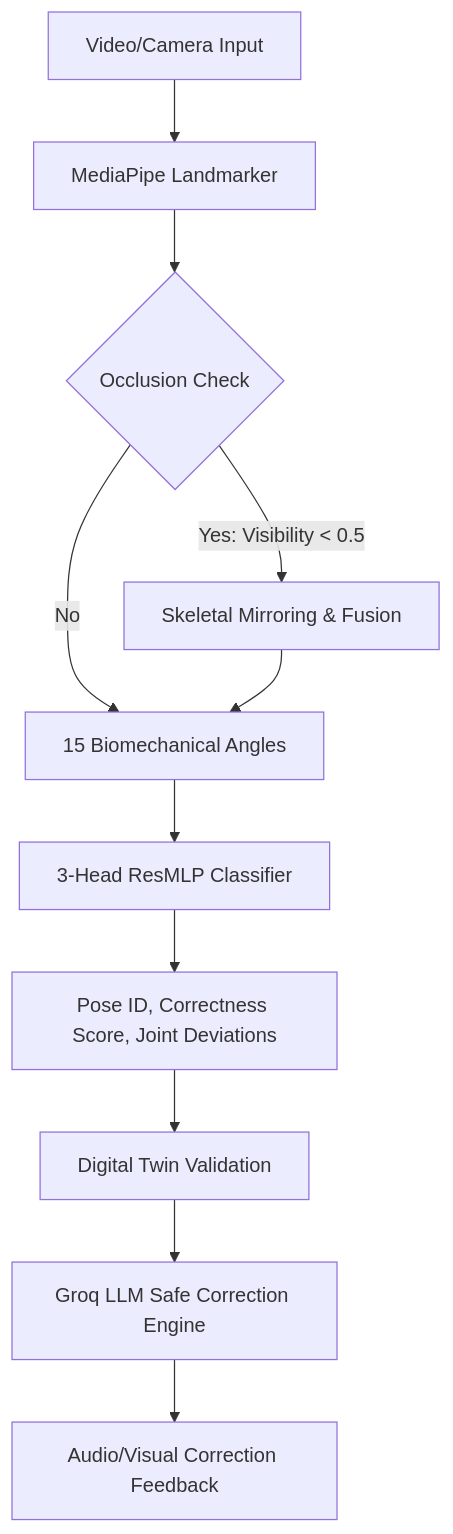
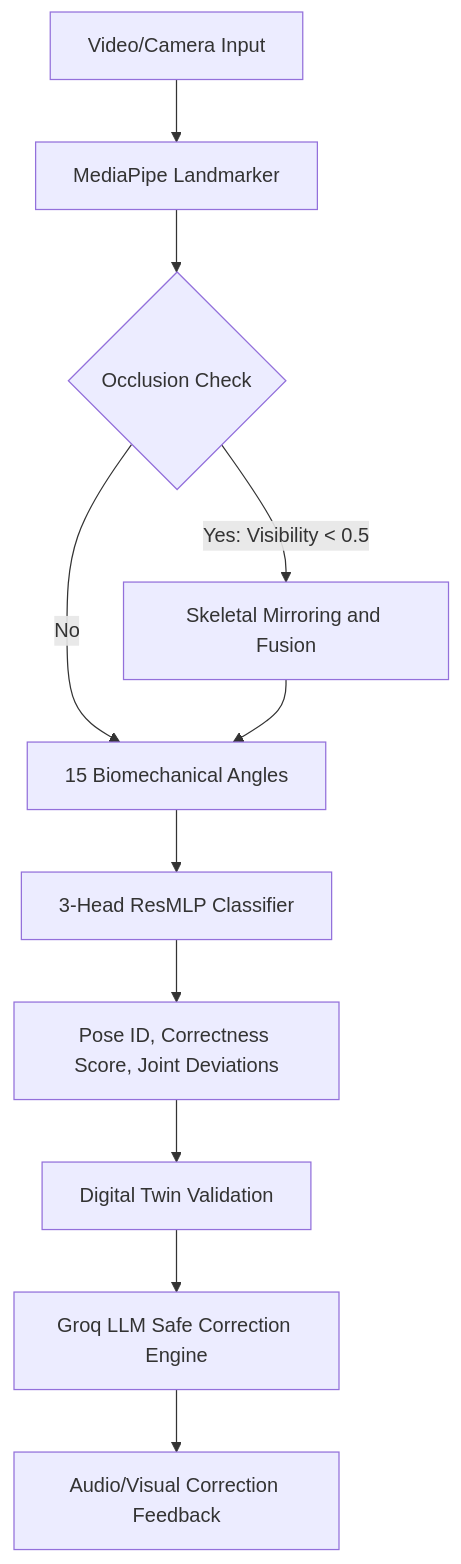
Before and after one commit to Anamitra-Sarkar/yoga-posture-correction-system: the diagram in README.md, drawn with Mermaid.

Commit message:
Fix Mermaid diagram syntax in README.md by quoting labels

````diff
--- a/README.md
+++ b/README.md
@@ -52,13 +52,13 @@
 ```mermaid
 graph TD
-    A[Video/Camera Input] --> B[MediaPipe Landmarker]
-    B --> C{Occlusion Check}
-    C -->|Yes: Visibility < 0.5| D[Skeletal Mirroring & Fusion]
-    C -->|No| E[15 Biomechanical Angles]
+    A["Video/Camera Input"] --> B["MediaPipe Landmarker"]
+    B --> C{"Occlusion Check"}
+    C -->|"Yes: Visibility < 0.5"| D["Skeletal Mirroring and Fusion"]
+    C -->|"No"| E["15 Biomechanical Angles"]
     D --> E
-    E --> F[3-Head ResMLP Classifier]
-    F --> G[Pose ID, Correctness Score, Joint Deviations]
-    G --> H[Digital Twin Validation]
-    H --> I[Groq LLM Safe Correction Engine]
-    I --> J[Audio/Visual Correction Feedback]
+    E --> F["3-Head ResMLP Classifier"]
+    F --> G["Pose ID, Correctness Score, Joint Deviations"]
+    G --> H["Digital Twin Validation"]
+    H --> I["Groq LLM Safe Correction Engine"]
+    I --> J["Audio/Visual Correction Feedback"]
 ```
````
